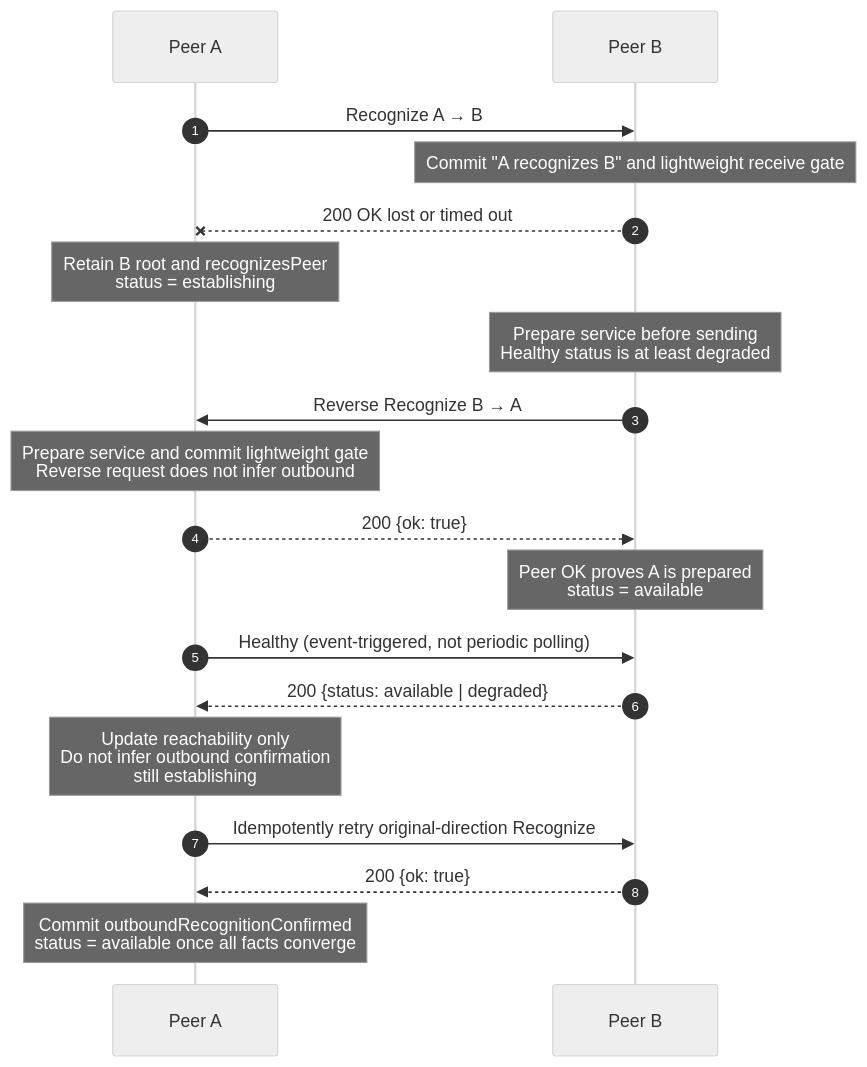
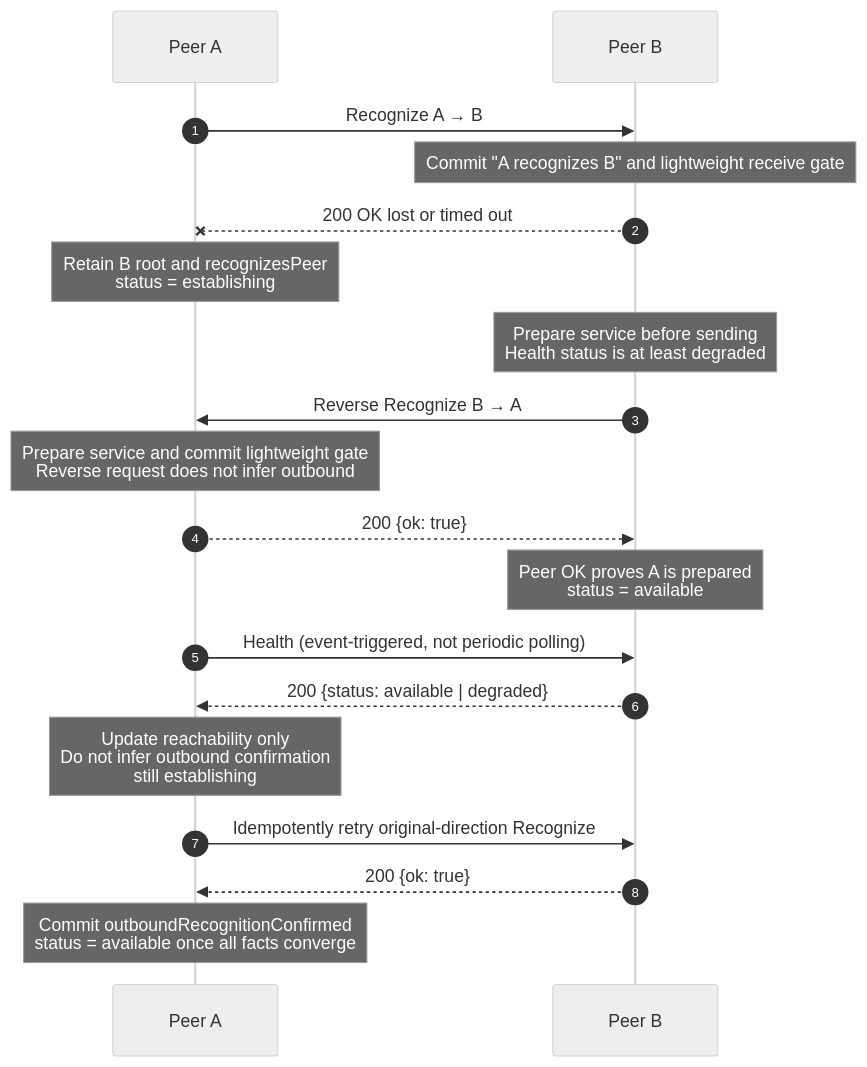
Before and after one commit to hapood/simple-open-messaging-service: the third of 3 diagrams in spec/v1/recognition.md, drawn with Mermaid (neutral theme). The commit also changed other lines of this file and 256 other files, not shown here.

````diff
--- a/spec/v1/recognition.md
+++ b/spec/v1/recognition.md
@@ -277,25 +277,25 @@
 ```mermaid
 sequenceDiagram
     autonumber
     participant A as Peer A
     participant B as Peer B
 
     A->>B: Recognize A → B
     Note over B: Commit "A recognizes B" and lightweight receive gate
     B--xA: 200 OK lost or timed out
     Note over A: Retain B root and recognizesPeer<br/>status = establishing
 
-    Note over B: Prepare service before sending<br/>Healthy status is at least degraded
+    Note over B: Prepare service before sending<br/>Health status is at least degraded
     B->>A: Reverse Recognize B → A
     Note over A: Prepare service and commit lightweight gate<br/>Reverse request does not infer outbound
     A-->>B: 200 {ok: true}
     Note over B: Peer OK proves A is prepared<br/>status = available
 
-    A->>B: Healthy (event-triggered, not periodic polling)
+    A->>B: Health (event-triggered, not periodic polling)
     B-->>A: 200 {status: available | degraded}
     Note over A: Update reachability only<br/>Do not infer outbound confirmation<br/>still establishing
 
     A->>B: Idempotently retry original-direction Recognize
     B-->>A: 200 {ok: true}
     Note over A: Commit outboundRecognitionConfirmed<br/>status = available once all facts converge
 ```
````
